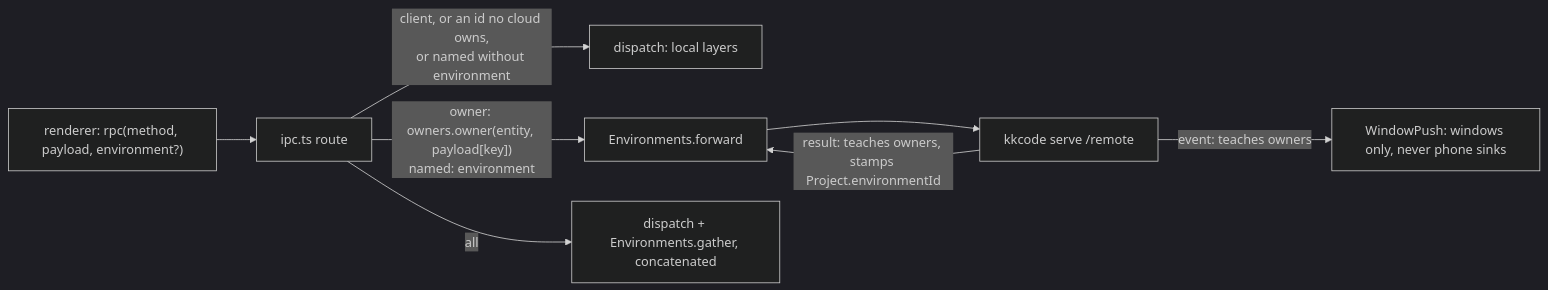
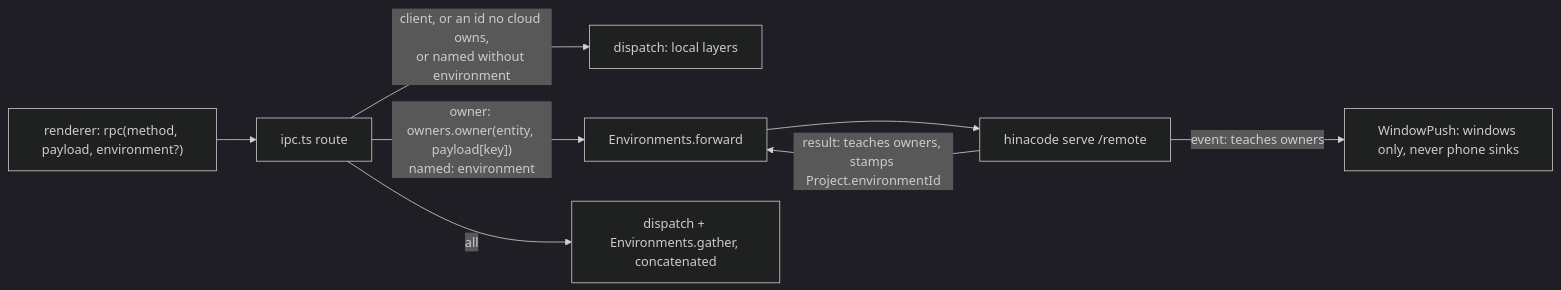
Before and after one commit to hinadev-ai/hinacode: the third of 17 diagrams in docs/arch.md, drawn with Mermaid (dark theme). The commit also changed other lines of this file and 238 other files, not shown here.

````diff
--- a/docs/arch.md
+++ b/docs/arch.md
@@ -76,10 +76,10 @@
 ```mermaid
 flowchart LR
   renderer["renderer: rpc(method, payload, environment?)"] --> route["ipc.ts route"]
   route -- "client, or an id no cloud owns,<br/>or named without environment" --> dispatch["dispatch: local layers"]
   route -- "owner: owners.owner(entity, payload[key])<br/>named: environment" --> forward["Environments.forward"]
   route -- "all" --> both["dispatch + Environments.gather, concatenated"]
-  forward --> cloud["kkcode serve /remote"]
+  forward --> cloud["hinacode serve /remote"]
   cloud -- "result: teaches owners, stamps Project.environmentId" --> forward
   cloud -- "event: teaches owners" --> windows["WindowPush: windows only, never phone sinks"]
 ```
````
